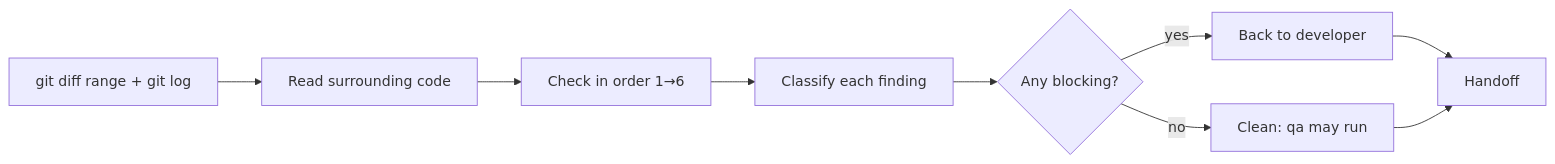
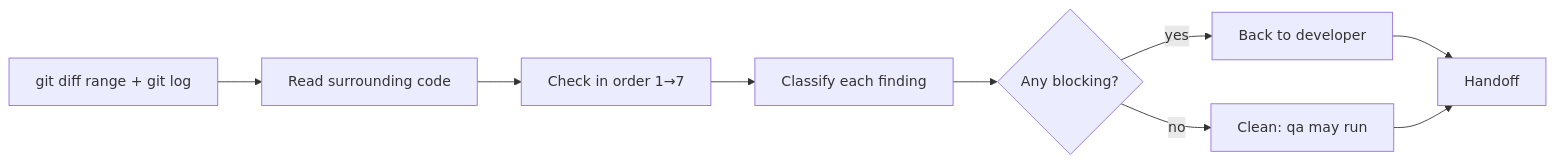
Before and after one commit to Tuan-Quyen/technical-teams: the diagram in agents/code-reviewer.md, drawn with Mermaid. The commit also changed other lines of this file and 13 other files, not shown here.

````diff
--- a/agents/code-reviewer.md
+++ b/agents/code-reviewer.md
@@ -24,11 +24,11 @@
 ```mermaid
 flowchart LR
   A[git diff range + git log] --> B[Read surrounding code]
-  B --> C[Check in order 1→6]
+  B --> C[Check in order 1→7]
   C --> D[Classify each finding]
   D --> E{Any blocking?}
   E -- yes --> F[Back to developer]
   E -- no --> G[Clean: qa may run]
   F --> H[Handoff]
   G --> H
 ```
````
